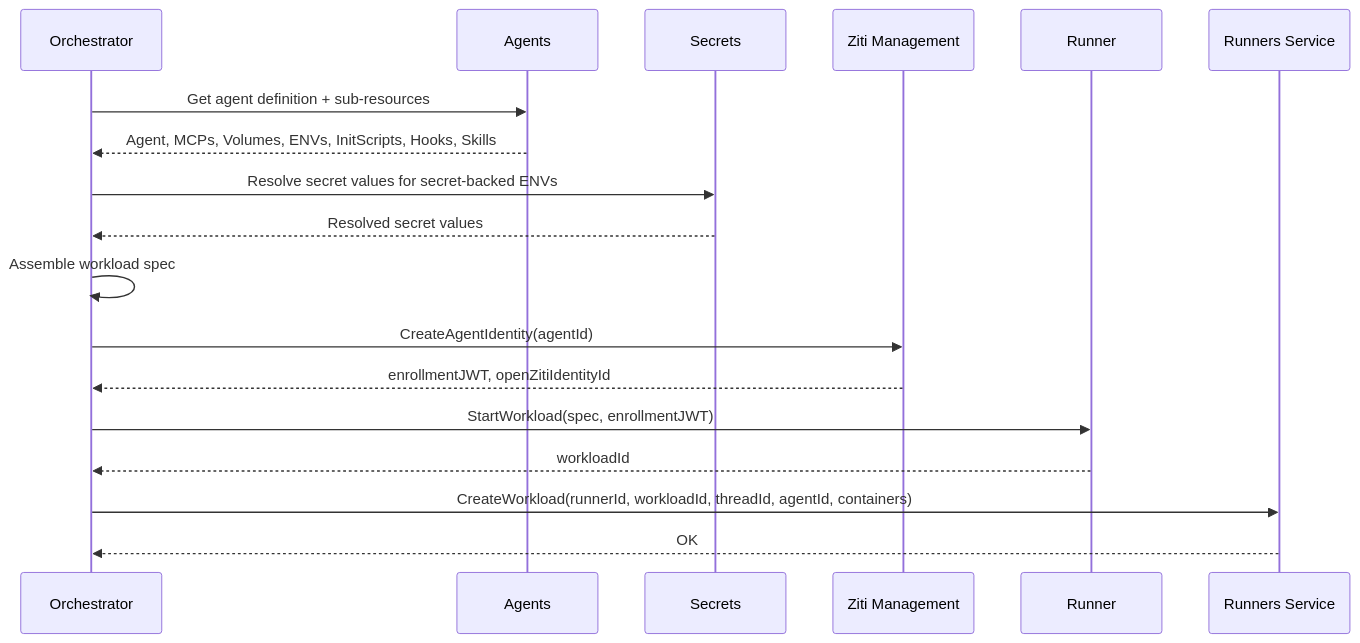
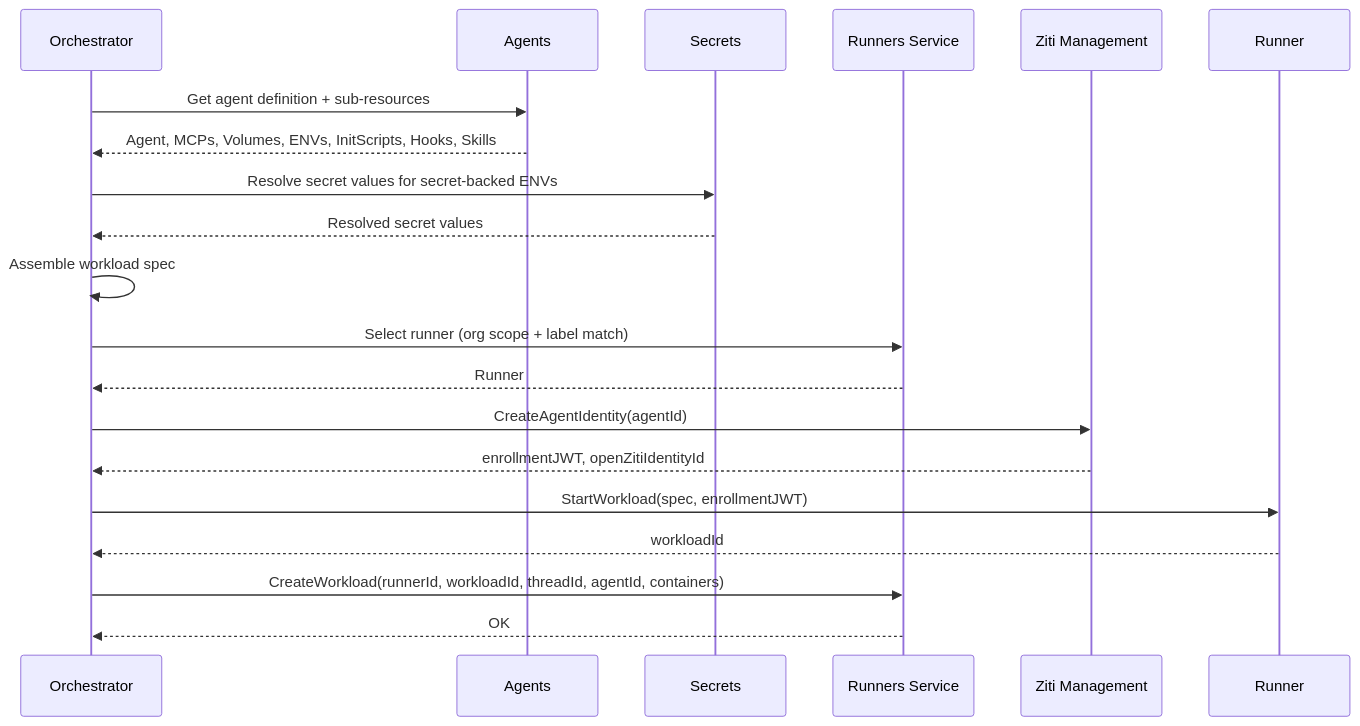
Before and after one commit to agynio/architecture: the third of 4 diagrams in architecture/agents-orchestrator.md, drawn with Mermaid. The commit also changed other lines of this file and 4 other files, not shown here.

First line of the commit message:
Define runner selection strategy: org scoping + label matching

````diff
--- a/architecture/agents-orchestrator.md
+++ b/architecture/agents-orchestrator.md
@@ -92,21 +92,23 @@
 ```mermaid
 sequenceDiagram
     participant O as Orchestrator
     participant T as Agents
     participant S as Secrets
+    participant RS as Runners Service
     participant ZM as Ziti Management
     participant R as Runner
-    participant RS as Runners Service
 
     O->>T: Get agent definition + sub-resources
     T-->>O: Agent, MCPs, Volumes, ENVs, InitScripts, Hooks, Skills
     O->>S: Resolve secret values for secret-backed ENVs
     S-->>O: Resolved secret values
     O->>O: Assemble workload spec
+    O->>RS: Select runner (org scope + label match)
+    RS-->>O: Runner
     O->>ZM: CreateAgentIdentity(agentId)
     ZM-->>O: enrollmentJWT, openZitiIdentityId
     O->>R: StartWorkload(spec, enrollmentJWT)
     R-->>O: workloadId
     O->>RS: CreateWorkload(runnerId, workloadId, threadId, agentId, containers)
     RS-->>O: OK
 ```
````
